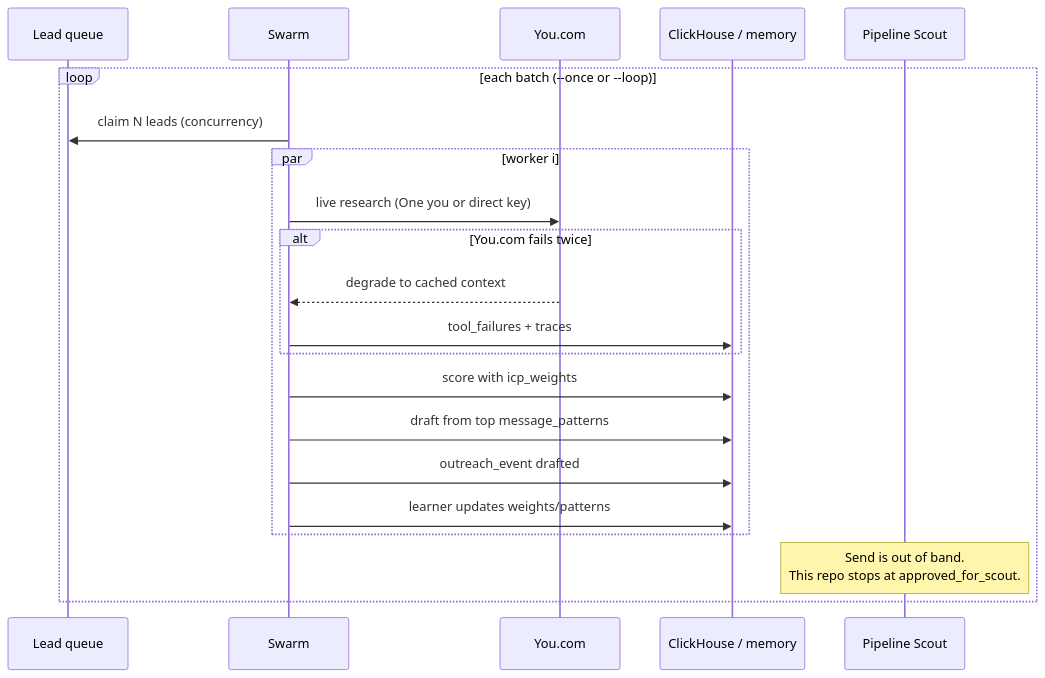
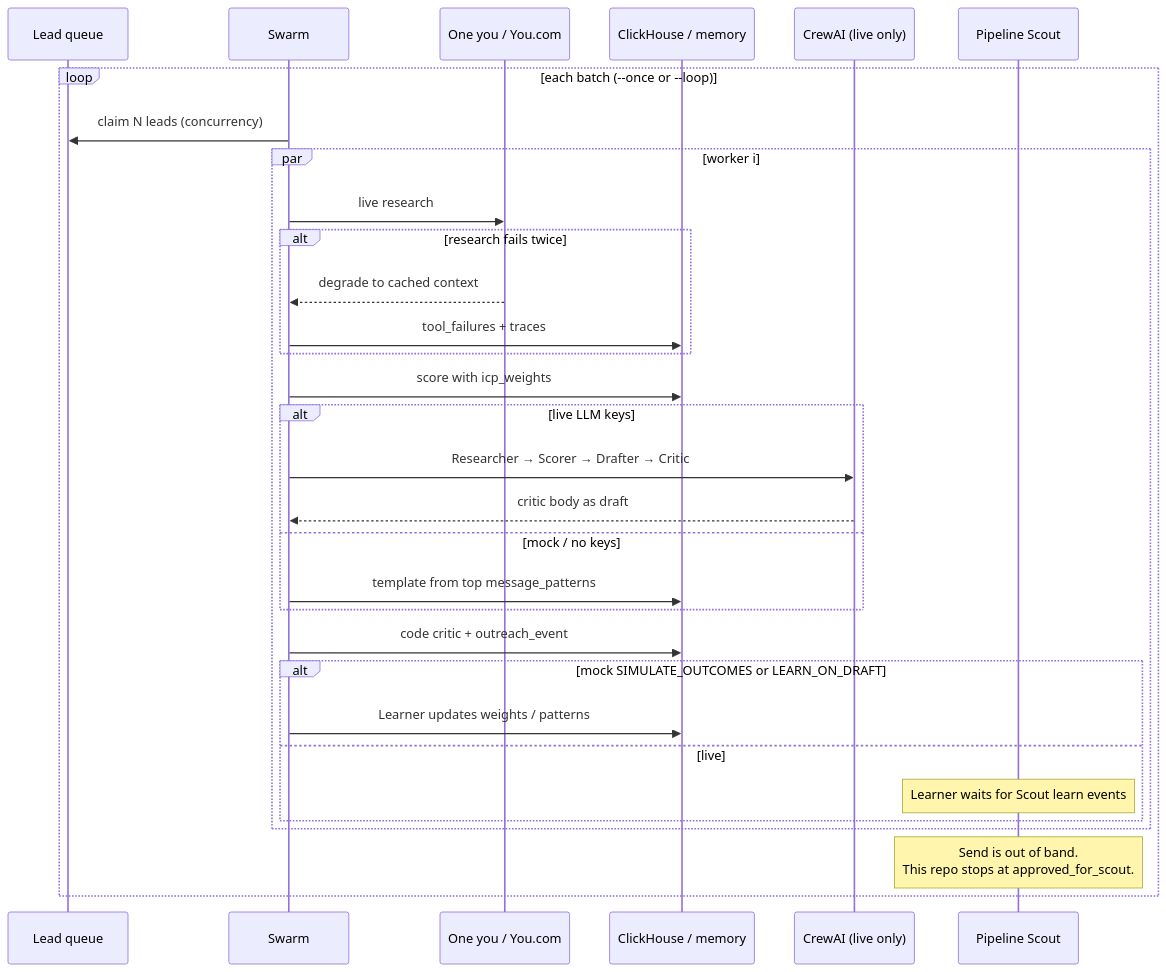
Before and after one commit to Cubiczan/self-improving-outreach: the second of 2 diagrams in README.md, drawn with Mermaid. The commit also changed other lines of this file, not shown here.

First line of the commit message:
Rewrite README as Self Improving Outreach (#8)

````diff
--- a/README.md
+++ b/README.md
@@ -64,24 +137,34 @@
 ```mermaid
 sequenceDiagram
   participant Q as Lead queue
   participant Sw as Swarm
-  participant You as You.com
+  participant You as One you / You.com
   participant Store as ClickHouse / memory
+  participant Crew as CrewAI (live only)
   participant Scout as Pipeline Scout
 
   loop each batch (--once or --loop)
     Sw->>Q: claim N leads (concurrency)
     par worker i
-      Sw->>You: live research (One you or direct key)
-      alt You.com fails twice
+      Sw->>You: live research
+      alt research fails twice
         You-->>Sw: degrade to cached context
         Sw->>Store: tool_failures + traces
       end
       Sw->>Store: score with icp_weights
-      Sw->>Store: draft from top message_patterns
-      Sw->>Store: outreach_event drafted
-      Sw->>Store: learner updates weights/patterns
+      alt live LLM keys
+        Sw->>Crew: Researcher → Scorer → Drafter → Critic
+        Crew-->>Sw: critic body as draft
+      else mock / no keys
+        Sw->>Store: template from top message_patterns
+      end
+      Sw->>Store: code critic + outreach_event
+      alt mock SIMULATE_OUTCOMES or LEARN_ON_DRAFT
+        Sw->>Store: Learner updates weights / patterns
+      else live
+        Note over Scout: Learner waits for Scout learn events
+      end
     end
     Note over Scout: Send is out of band.<br/>This repo stops at approved_for_scout.
   end
 ```
````
